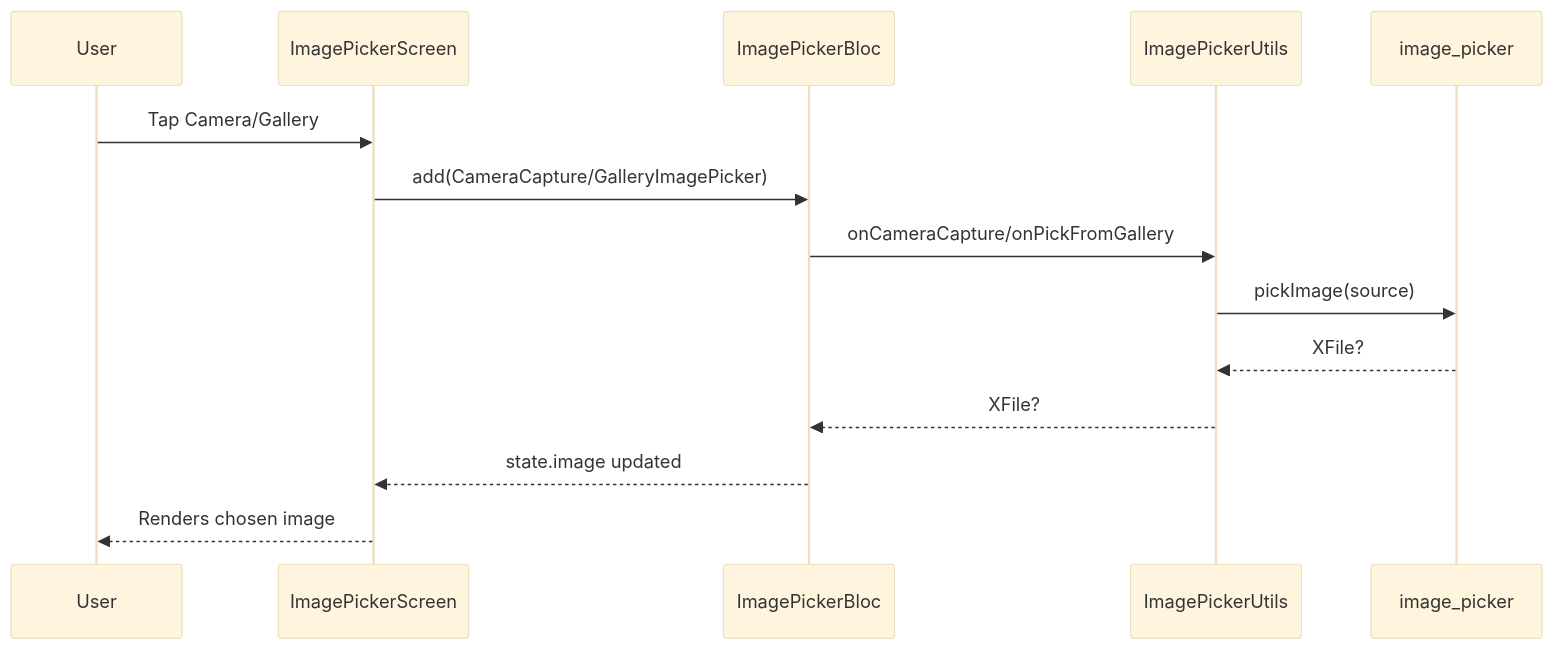
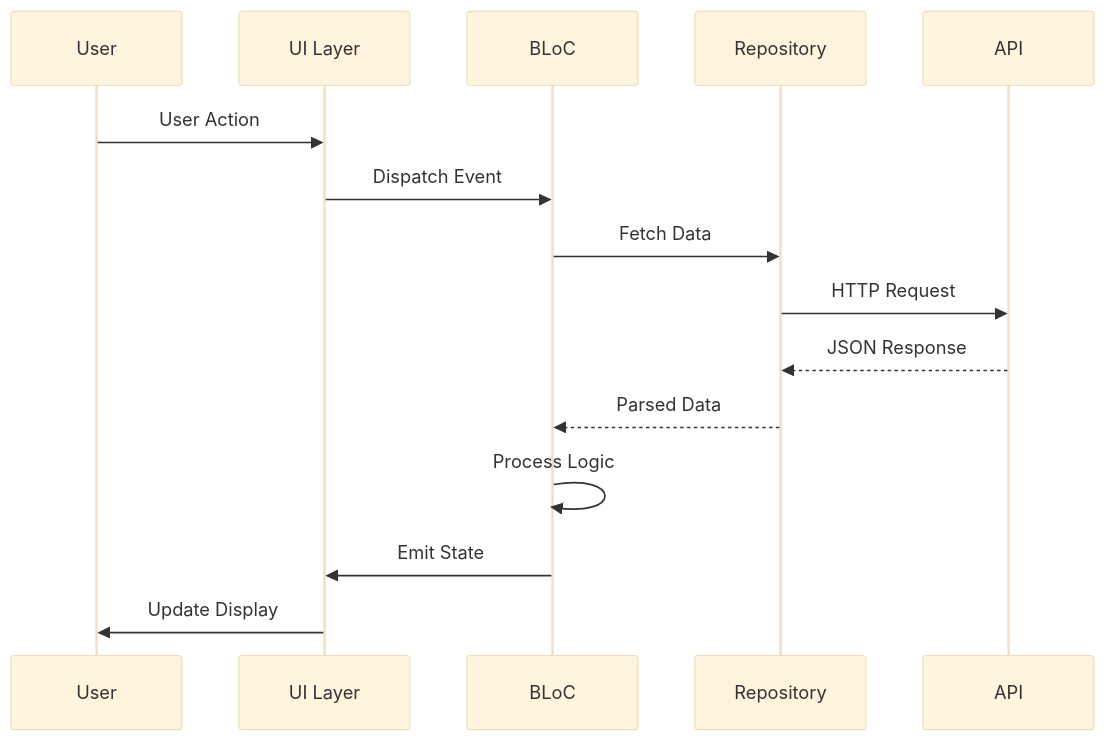
One commit to mraj555/BlocLabs changed the second of 3 diagrams in README.md. Above: the diagram before and after it, drawn with Mermaid (base theme). The commit also changed other lines of this file, not shown here.

````diff
--- a/README.md
+++ b/README.md
@@ -292,17 +215,18 @@
 ```mermaid
 sequenceDiagram
-  participant U as User
-  participant UI as ImagePickerScreen
-  participant B as ImagePickerBloc
-  participant S as ImagePickerUtils
-  participant P as image_picker
-
-  U->>UI: Tap Camera/Gallery
-  UI->>B: add(CameraCapture/GalleryImagePicker)
-  B->>S: onCameraCapture/onPickFromGallery
-  S->>P: pickImage(source)
-  P-->>S: XFile?
-  S-->>B: XFile?
-  B-->>UI: state.image updated
-  UI-->>U: Renders chosen image
+    participant U as User
+    participant UI as UI Layer
+    participant B as BLoC
+    participant R as Repository
+    participant A as API
+    
+    U->>UI: User Action
+    UI->>B: Dispatch Event
+    B->>R: Fetch Data
+    R->>A: HTTP Request
+    A-->>R: JSON Response
+    R-->>B: Parsed Data
+    B->>B: Process Logic
+    B->>UI: Emit State
+    UI->>U: Update Display
 ```
````
